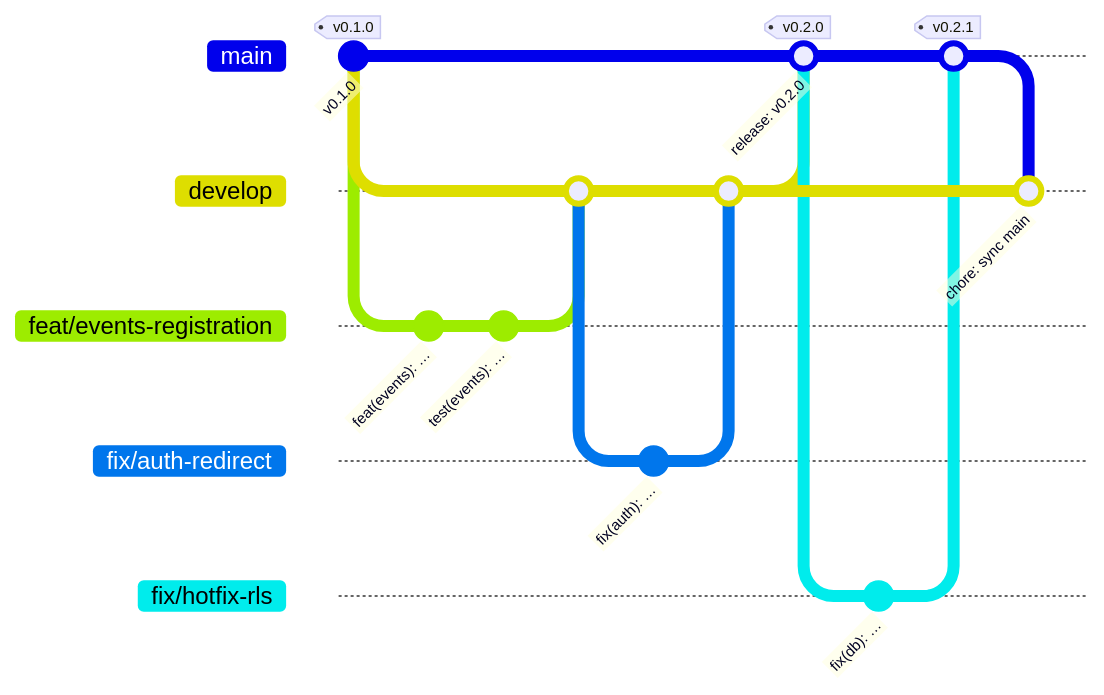
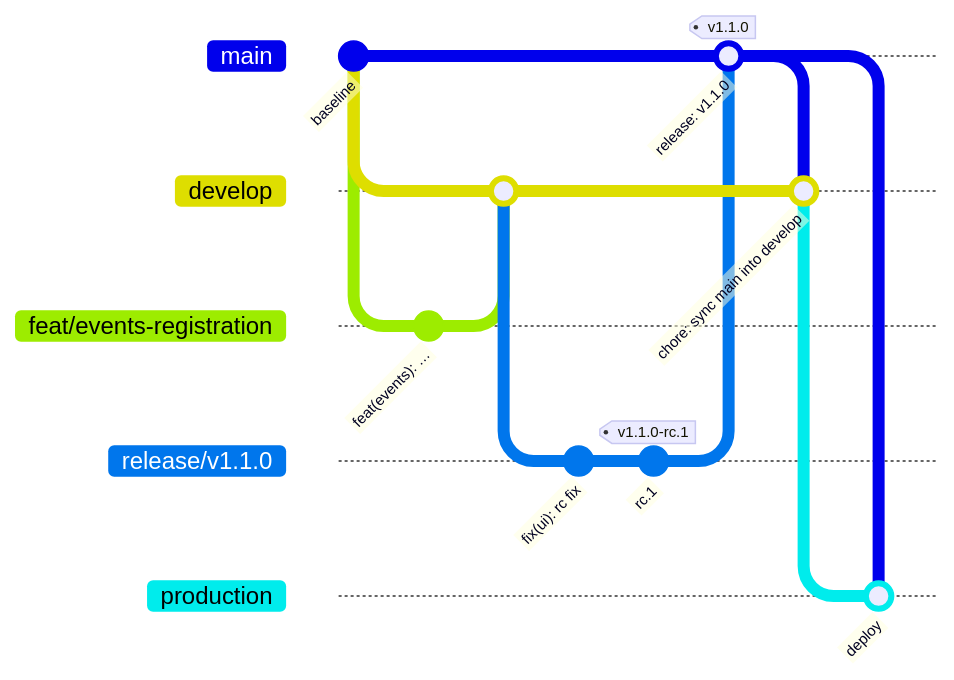
One commit to Hussain560/sdc_web changed the diagram in docs/07-engineering/git-workflow.md. Above: the diagram before and after it, drawn with Mermaid. The commit also changed other lines of this file and 11 other files, not shown here.

First line of the commit message:
ci: production branch flow, release automation, database deploy, dev setup docs

````diff
--- a/docs/07-engineering/git-workflow.md
+++ b/docs/07-engineering/git-workflow.md
@@ -29,23 +43,20 @@
 ```mermaid
 gitGraph
-    commit id: "v0.1.0" tag: "v0.1.0"
+    commit id: "baseline"
     branch develop
     checkout develop
     branch feat/events-registration
     commit id: "feat(events): …"
-    commit id: "test(events): …"
     checkout develop
     merge feat/events-registration
-    branch fix/auth-redirect
-    commit id: "fix(auth): …"
+    branch release/v1.1.0
+    commit id: "fix(ui): rc fix"
+    commit id: "rc.1" tag: "v1.1.0-rc.1"
+    checkout main
+    merge release/v1.1.0 id: "release: v1.1.0" tag: "v1.1.0"
     checkout develop
-    merge fix/auth-redirect
-    checkout main
-    merge develop id: "release: v0.2.0" tag: "v0.2.0"
-    branch fix/hotfix-rls
-    commit id: "fix(db): …"
-    checkout main
-    merge fix/hotfix-rls tag: "v0.2.1"
-    checkout develop
-    merge main id: "chore: sync main"
+    merge main id: "chore: sync main into develop"
+    branch production
+    checkout production
+    merge main id: "deploy"
 ```
````
